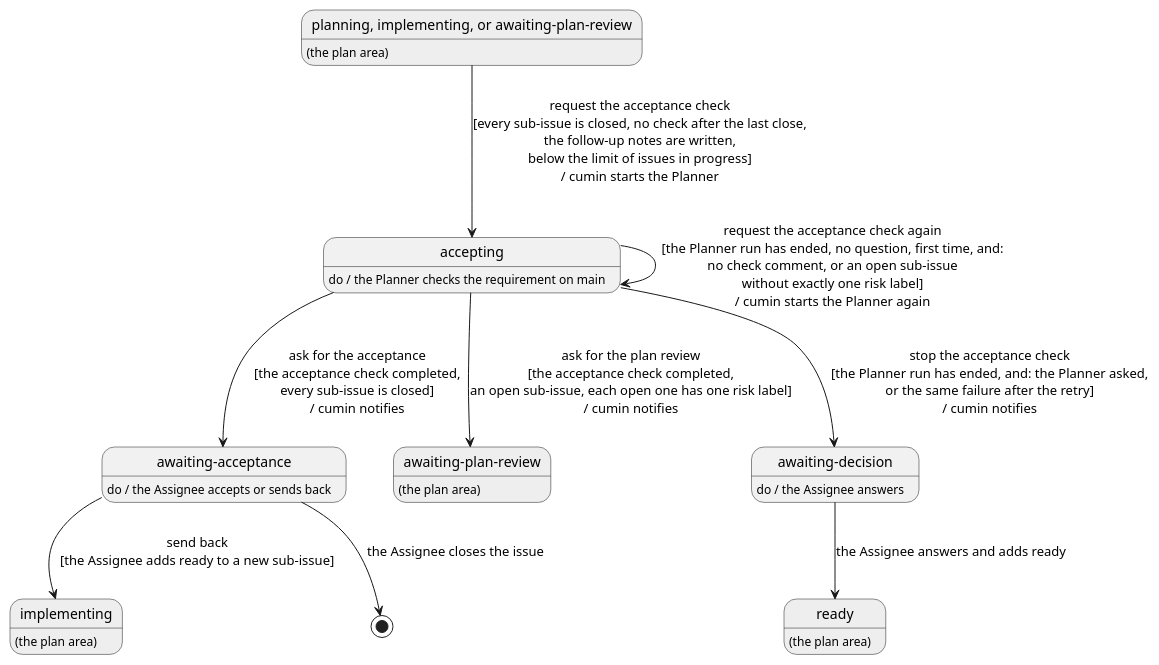
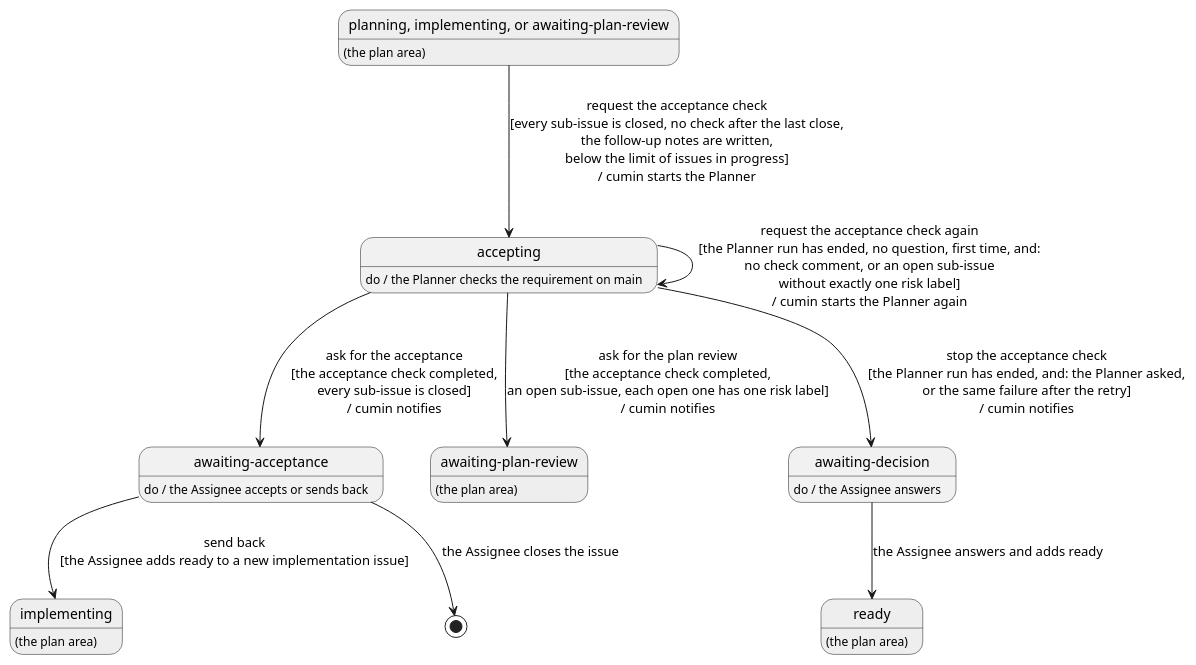
The diagram in docs/ja/requirements/accept/overview.puml (cloveclovedev/cumin-works), drawn with PlantUML before and after one commit. The commit also changed 2 other files, not shown here.

Commit message:
docs(requirements): say what cumin does after the Assignee sends back
ACCEPT-008 names the added issues implementation issues, and refers to
PLAN-007 for the move to implementing and to ACCEPT-001 for the next
acceptance check.

Claude-Session: https://claude.ai/code/session_016tkMojagRLLJdZue2gpRyn

```diff
--- a/docs/ja/requirements/accept/overview.puml
+++ b/docs/ja/requirements/accept/overview.puml
@@ -1,39 +1,39 @@
 @startuml overview
 ' cumin-works - the states of a requirement issue in the acceptance stage.
 ' A state is a label on GitHub, written without "cumin/status/". "do /" says who works in the state.
 ' A transition is written: action [guard] / what cumin does. A gray state belongs to another area.
 ' Render: run scripts/render-diagrams.sh at the root of the repository.
 
 hide empty description
 
 state "planning, implementing, or awaiting-plan-review" as Before #EEEEEE
 Before : (the plan area)
 
 state "accepting" as Accepting
 Accepting : do / the Planner checks the requirement on main
 
 state "awaiting-acceptance" as AwaitingAcceptance
 AwaitingAcceptance : do / the Assignee accepts or sends back
 
 state "awaiting-plan-review" as PlanReview #EEEEEE
 PlanReview : (the plan area)
 
 state "implementing" as Implementing #EEEEEE
 Implementing : (the plan area)
 
 state "awaiting-decision" as Decision
 Decision : do / the Assignee answers
 
 state "ready" as Ready #EEEEEE
 Ready : (the plan area)
 
 Before --> Accepting : request the acceptance check\n[every sub-issue is closed, no check after the last close,\nthe follow-up notes are written,\nbelow the limit of issues in progress]\n/ cumin starts the Planner
 Accepting --> AwaitingAcceptance : ask for the acceptance\n[the acceptance check completed,\nevery sub-issue is closed]\n/ cumin notifies
 Accepting --> PlanReview : ask for the plan review\n[the acceptance check completed,\nan open sub-issue, each open one has one risk label]\n/ cumin notifies
 Accepting --> Accepting : request the acceptance check again\n[the Planner run has ended, no question, first time, and:\nno check comment, or an open sub-issue\nwithout exactly one risk label]\n/ cumin starts the Planner again
 Accepting --> Decision : stop the acceptance check\n[the Planner run has ended, and: the Planner asked,\nor the same failure after the retry]\n/ cumin notifies
 AwaitingAcceptance --> [*] : the Assignee closes the issue
-AwaitingAcceptance --> Implementing : send back\n[the Assignee adds ready to a new sub-issue]
+AwaitingAcceptance --> Implementing : send back\n[the Assignee adds ready to a new implementation issue]
 Decision --> Ready : the Assignee answers and adds ready
 
 @enduml
```
